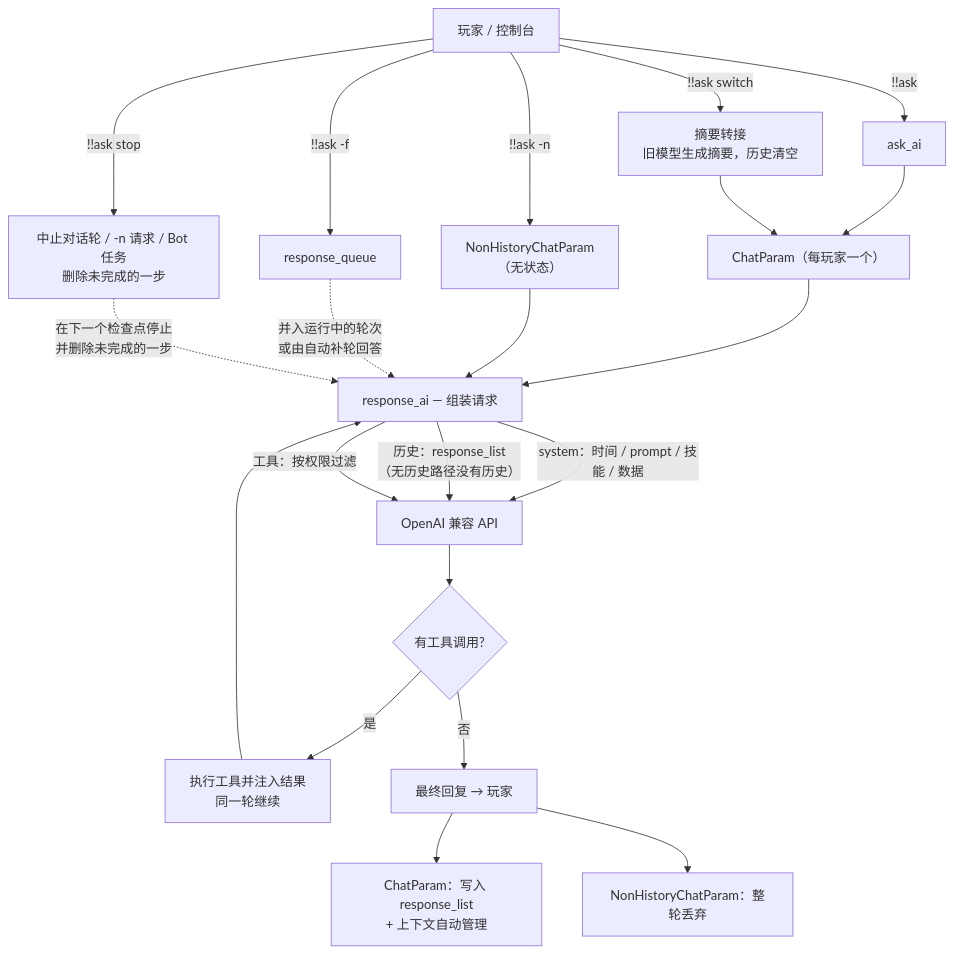
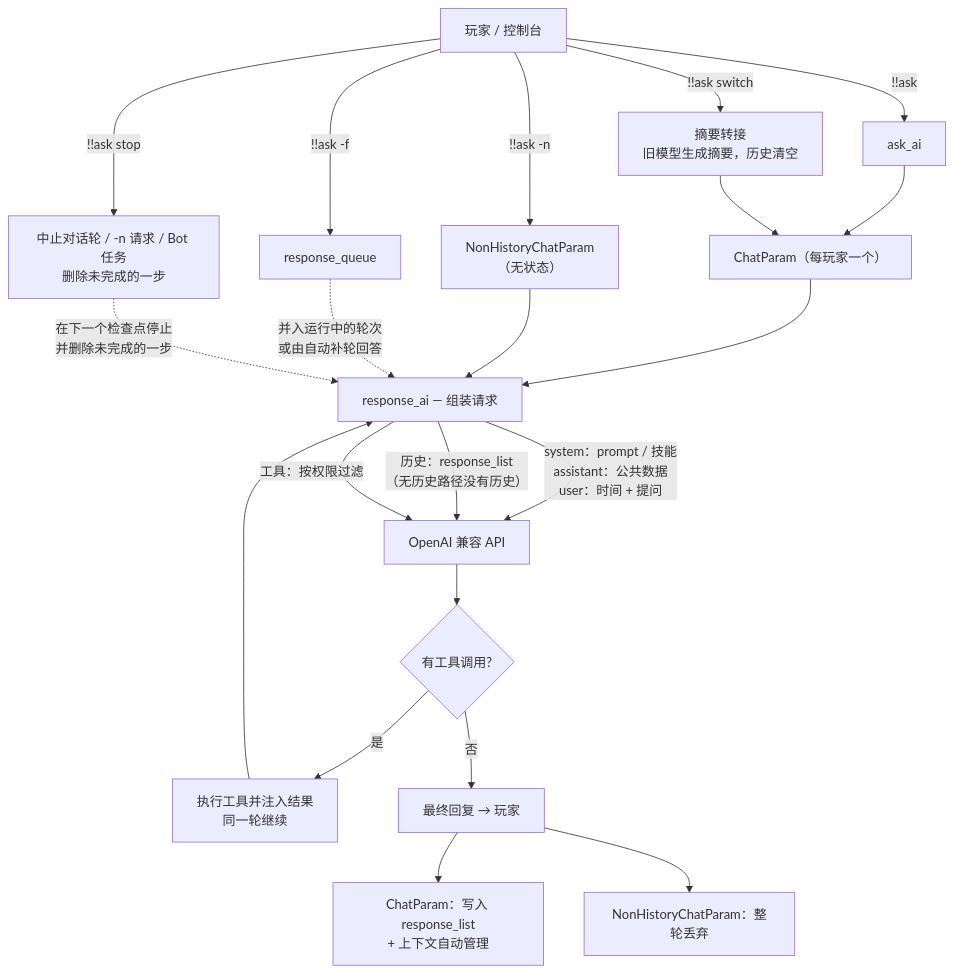
One commit to PengZixuan30/Games_AI changed the diagram in docs/zh_cn/ai-request-pipeline.md. Above: the diagram before and after it, drawn with Mermaid. The commit also changed other lines of this file and 12 other files, not shown here.

````diff
--- a/docs/zh_cn/ai-request-pipeline.md
+++ b/docs/zh_cn/ai-request-pipeline.md
@@ -26,26 +27,26 @@
 ```mermaid
 flowchart TD
     U["玩家 / 控制台"] -->|"!!ask <content>"| ASK["ask_ai"]
     U -->|"!!ask -n <content>"| NOH["NonHistoryChatParam<br/>（无状态）"]
     U -->|"!!ask -f <content>"| QUEUE["response_queue"]
     U -->|"!!ask switch <model>"| SWITCH["摘要转接<br/>旧模型生成摘要，历史清空"]
     U -->|"!!ask stop"| STOP["中止对话轮 / -n 请求 / Bot 任务<br/>删除未完成的一步"]
 
     ASK --> CP["ChatParam（每玩家一个）"]
     CP --> BUILD["response_ai — 组装请求"]
     NOH --> BUILD
-    BUILD -->|"system：时间 / prompt / 技能 / 数据"| API
+    BUILD -->|"system：prompt / 技能<br/>assistant：公共数据<br/>user：时间 + 提问"| API
     BUILD -->|"历史：response_list<br/>（无历史路径没有历史）"| API
     BUILD -->|"工具：按权限过滤"| API
 
     API["OpenAI 兼容 API"] --> TOOLCALL{"有工具调用?"}
     TOOLCALL -->|"是"| TOOL["执行工具并注入结果<br/>同一轮继续"]
     TOOL --> BUILD
     TOOLCALL -->|"否"| REPLY["最终回复 → 玩家"]
     REPLY --> SAVE["ChatParam：写入 response_list<br/>+ 上下文自动管理"]
     REPLY --> DROP["NonHistoryChatParam：整轮丢弃"]
 
     QUEUE -.->|"并入运行中的轮次<br/>或由自动补轮回答"| BUILD
     SWITCH --> CP
     STOP -.->|"在下一个检查点停止<br/>并删除未完成的一步"| BUILD
 ```
````
